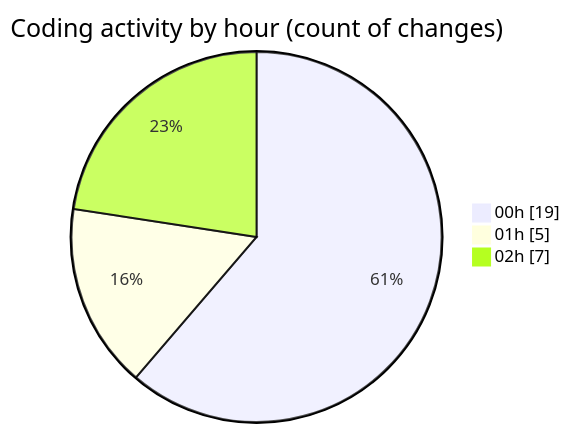
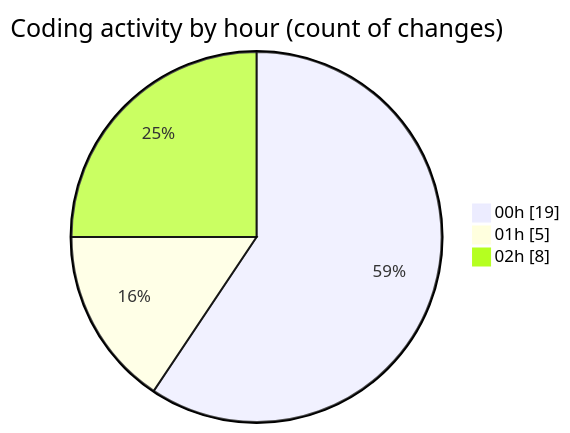
Before and after one commit to Elitesun/code-tracking: the second of 2 diagrams in 2025-02-14/elitegpt/README.md, drawn with Mermaid. The commit also changed other lines of this file and 1 other file, not shown here.

````diff
--- a/2025-02-14/elitegpt/README.md
+++ b/2025-02-14/elitegpt/README.md
@@ -32,7 +32,7 @@
 ```mermaid
 pie showData
 title Coding activity by hour (count of changes)
 "00h" : 19
 "01h" : 5
-"02h" : 7
+"02h" : 8
 ```
````
